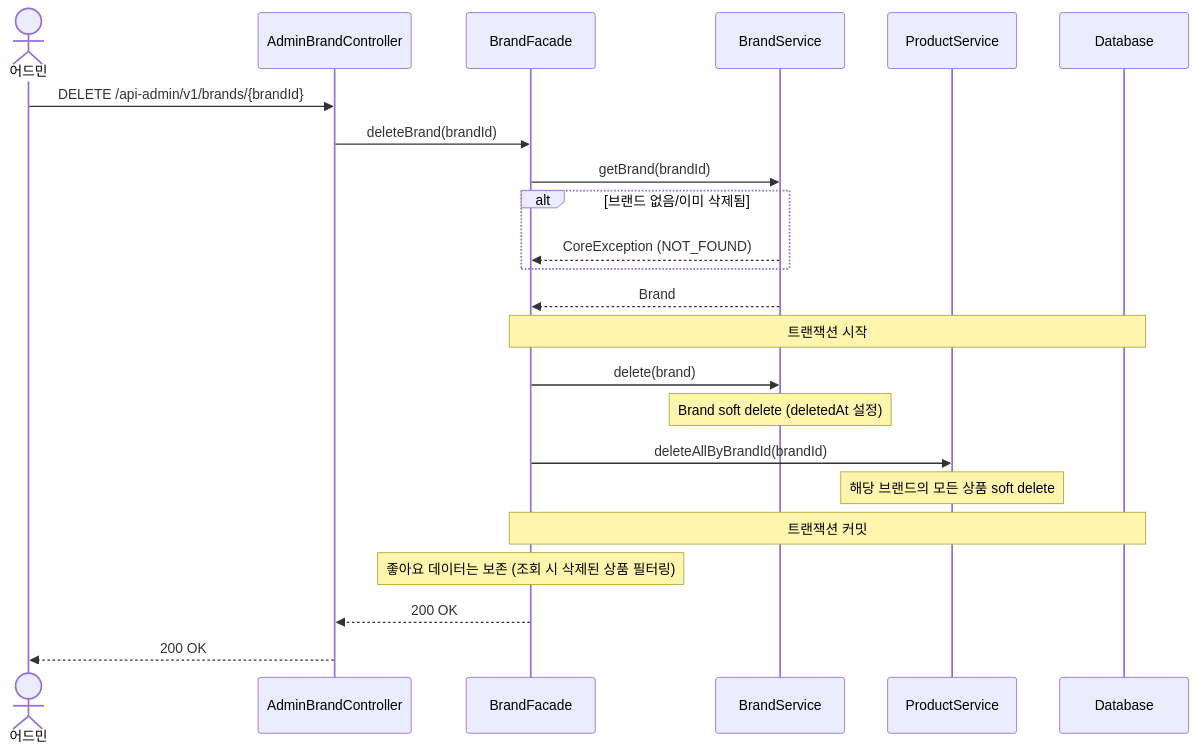
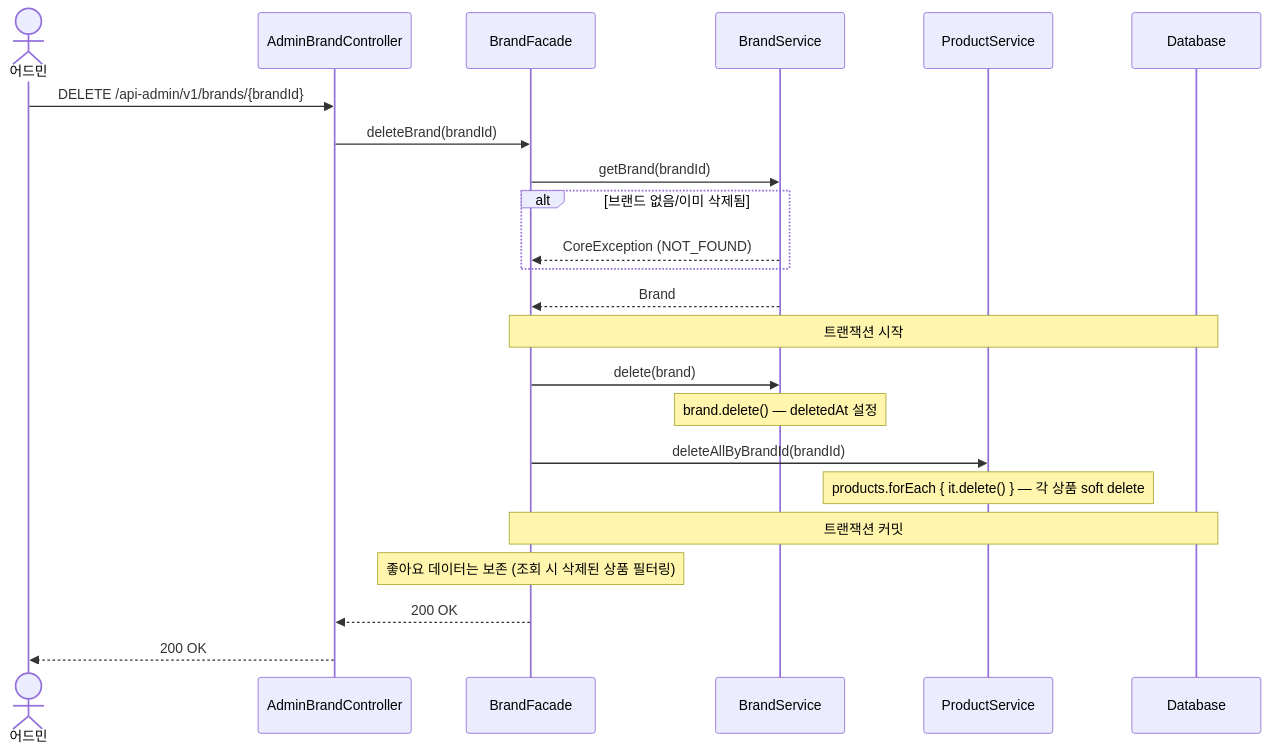
One commit to Loopers-dev-lab/loop-pack-be-l2-vol3-kotlin changed the fourth of 8 diagrams in docs/design/02-sequence-diagrams.md. Above: the diagram before and after it, drawn with Mermaid. The commit also changed other lines of this file, not shown here.

First line of the commit message:
docs: 시퀀스 다이어그램에 도메인 객체 행위 명시

````diff
--- a/docs/design/02-sequence-diagrams.md
+++ b/docs/design/02-sequence-diagrams.md
@@ -169,33 +170,33 @@
 ```mermaid
 sequenceDiagram
     actor A as 어드민
     participant Ctrl as AdminBrandController
     participant F as BrandFacade
     participant BS as BrandService
     participant PS as ProductService
     participant DB as Database
 
     A->>Ctrl: DELETE /api-admin/v1/brands/{brandId}
     Ctrl->>F: deleteBrand(brandId)
 
     F->>BS: getBrand(brandId)
     alt 브랜드 없음/이미 삭제됨
         BS-->>F: CoreException (NOT_FOUND)
     end
     BS-->>F: Brand
 
     Note over F,DB: 트랜잭션 시작
 
     F->>BS: delete(brand)
-    Note over BS: Brand soft delete (deletedAt 설정)
+    Note over BS: brand.delete() — deletedAt 설정
 
     F->>PS: deleteAllByBrandId(brandId)
-    Note over PS: 해당 브랜드의 모든 상품 soft delete
+    Note over PS: products.forEach { it.delete() } — 각 상품 soft delete
 
     Note over F,DB: 트랜잭션 커밋
 
     Note over F: 좋아요 데이터는 보존 (조회 시 삭제된 상품 필터링)
 
     F-->>Ctrl: 200 OK
     Ctrl-->>A: 200 OK
 ```
````
